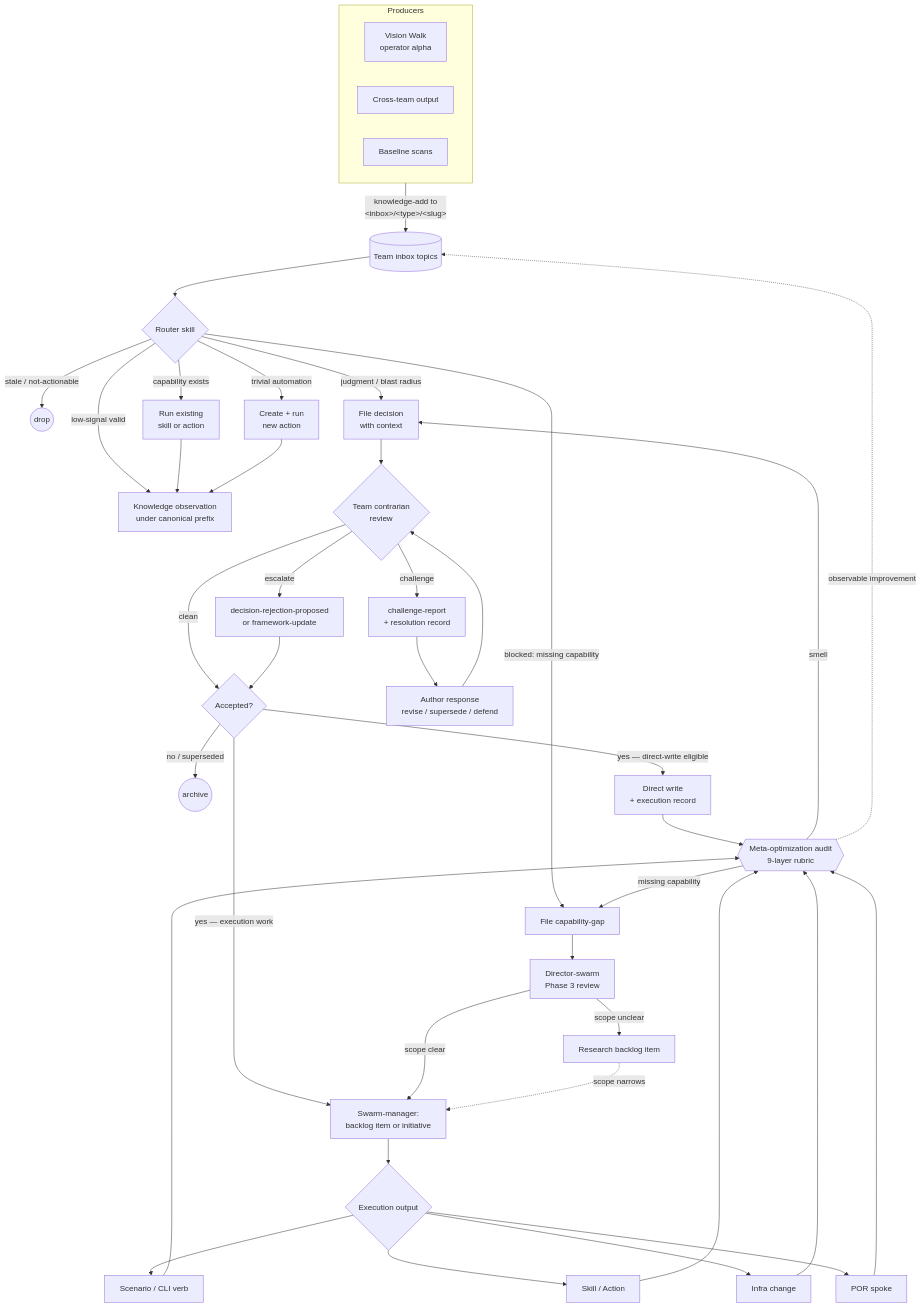
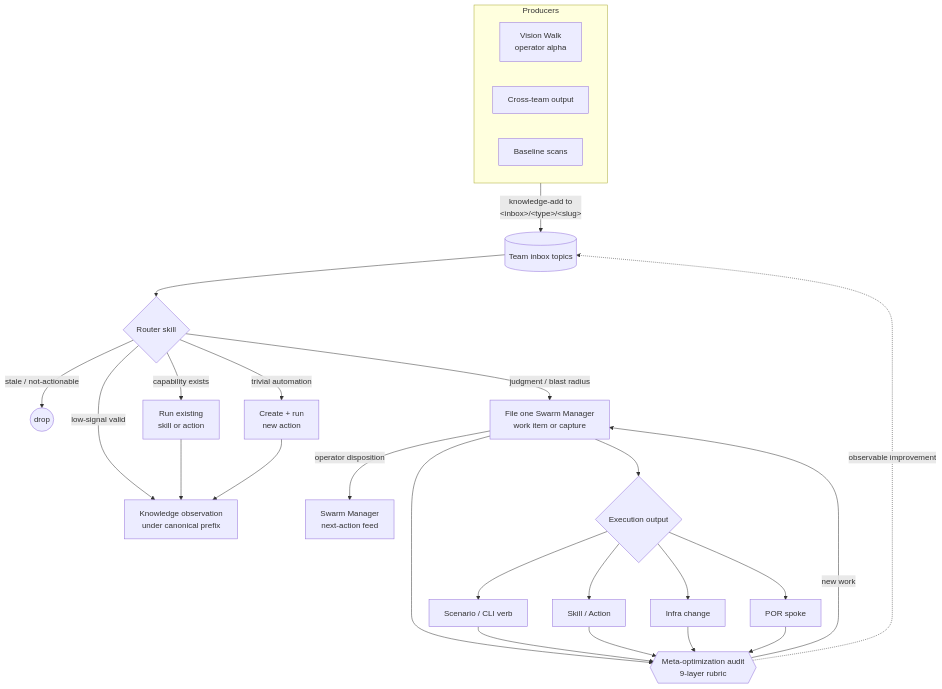
Before and after one commit to Vrooli/Vrooli: the diagram in docs/agent-system/README.md, drawn with Mermaid. The commit also changed other lines of this file and 540 other files, not shown here.

````diff
--- a/docs/agent-system/README.md
+++ b/docs/agent-system/README.md
@@ -50,48 +50,32 @@
 ```mermaid
 flowchart TB
     subgraph PROD[Producers]
       VW[Vision Walk<br/>operator alpha]
       EXT[Cross-team output]
       BASE[Baseline scans]
     end
 
     PROD -->|knowledge-add to<br/>&lt;inbox&gt;/&lt;type&gt;/&lt;slug&gt;| INBOX[(Team inbox topics)]
     INBOX --> ROUTER{Router skill}
 
     ROUTER -->|stale / not-actionable| DROP((drop))
     ROUTER -->|low-signal valid| OBS[Knowledge observation<br/>under canonical prefix]
     ROUTER -->|capability exists| RUN[Run existing<br/>skill or action]
     ROUTER -->|trivial automation| NEWACT[Create + run<br/>new action]
-    ROUTER -->|judgment / blast radius| DEC[File decision<br/>with context]
-    ROUTER -->|blocked: missing capability| GAP[File capability-gap]
+    ROUTER -->|judgment / blast radius| WORK[File one Swarm Manager<br/>work item or capture]
 
     RUN --> OBS
     NEWACT --> OBS
 
-    DEC --> CONTRA{Team contrarian<br/>review}
-    CONTRA -->|clean| ACCEPT{Accepted?}
-    CONTRA -->|challenge| CHAL[challenge-report<br/>+ resolution record]
-    CHAL --> AUTHOR[Author response<br/>revise / supersede / defend]
-    AUTHOR --> CONTRA
-    CONTRA -->|escalate| ESC[decision-rejection-proposed<br/>or framework-update]
-    ESC --> ACCEPT
-    ACCEPT -->|no / superseded| ARCH((archive))
-    ACCEPT -->|yes — direct-write eligible| DW[Direct write<br/>+ execution record]
-    ACCEPT -->|yes — execution work| WORK[Swarm-manager:<br/>backlog item or initiative]
-
-    GAP --> DSWARM[Director-swarm<br/>Phase 3 review]
-    DSWARM -->|scope clear| WORK
-    DSWARM -->|scope unclear| RES[Research backlog item]
-    RES -.scope narrows.-> WORK
+    WORK -->|operator disposition| DISPOSED[Swarm Manager<br/>next-action feed]
 
     WORK --> EXECW{Execution output}
     EXECW --> OUT1[Scenario / CLI verb]
     EXECW --> OUT2[Skill / Action]
     EXECW --> OUT3[Infra change]
     EXECW --> OUT4[POR spoke]
 
-    DW & OUT1 & OUT2 & OUT3 & OUT4 --> AUDIT{{Meta-optimization audit<br/>9-layer rubric}}
-    AUDIT -->|smell| DEC
-    AUDIT -->|missing capability| GAP
+    WORK & OUT1 & OUT2 & OUT3 & OUT4 --> AUDIT{{Meta-optimization audit<br/>9-layer rubric}}
+    AUDIT -->|new work| WORK
     AUDIT -.observable improvement.-> INBOX
 ```
````
